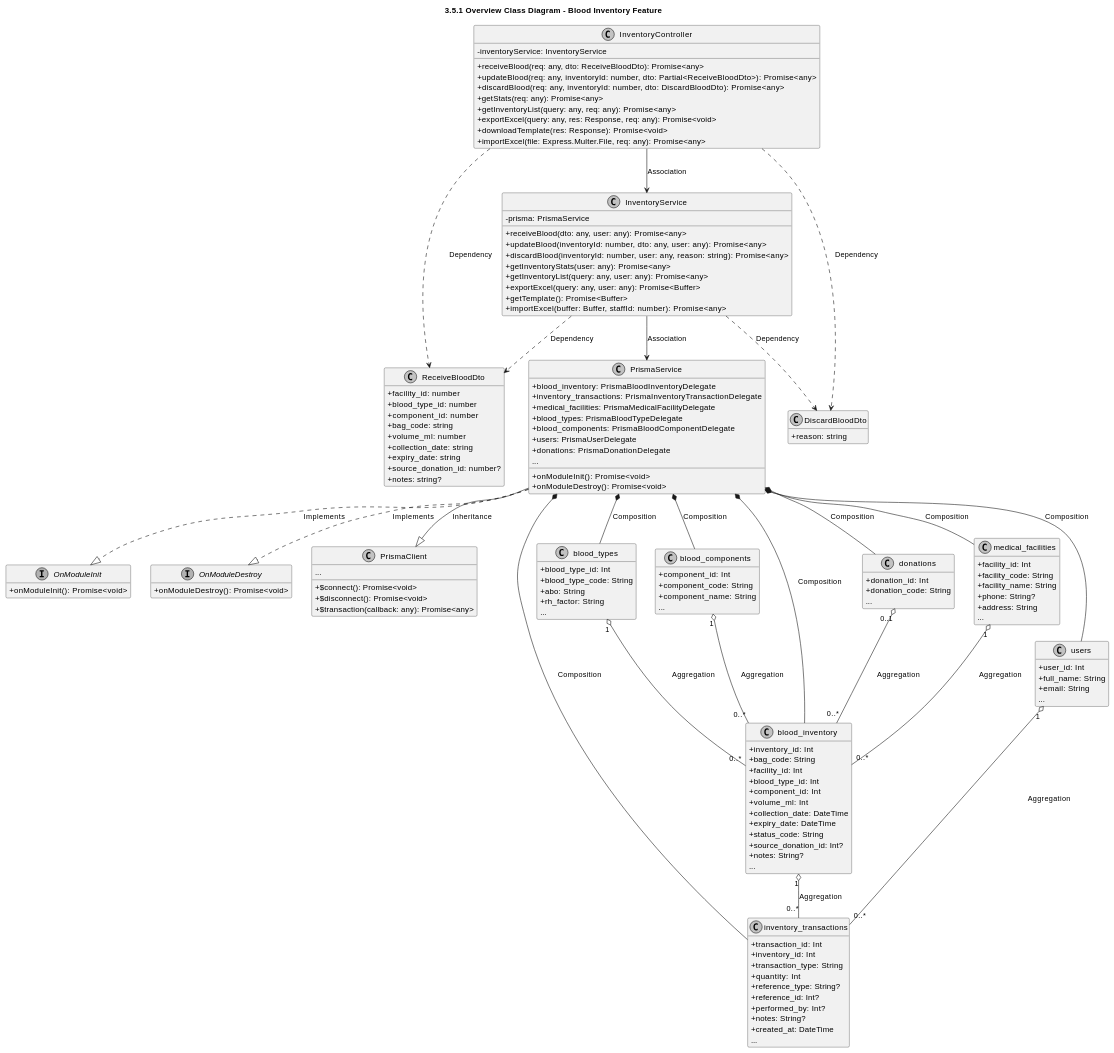
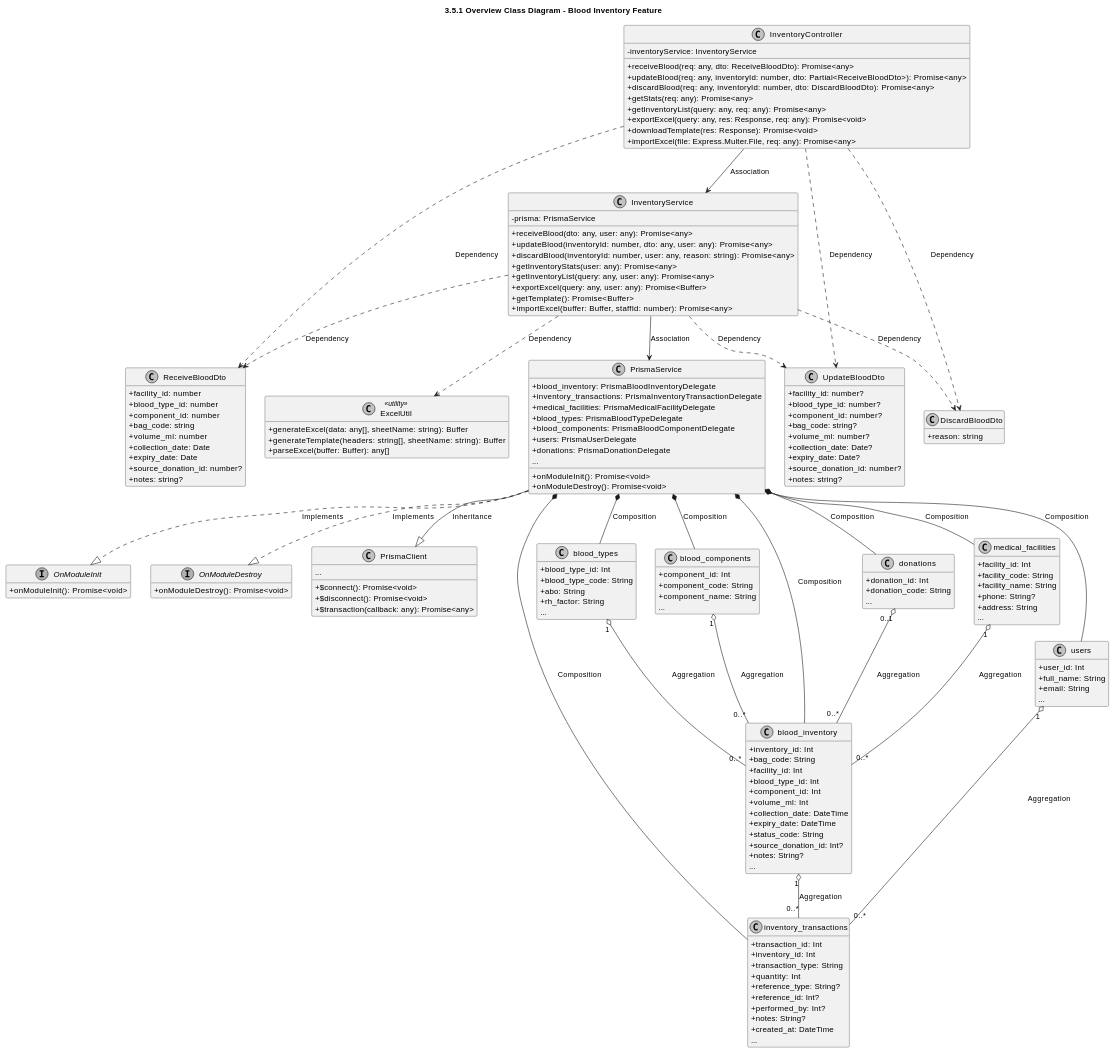
One commit to CuongBC195/class-diagram-donation-blood changed the first of 6 diagrams in modules_plantuml/05_inventory.md. Above: the diagram before and after it, drawn with PlantUML. The commit also changed other lines of this file and 30 other files, not shown here.

Commit message:
fix(diagrams): achieve 100% capstone alignment with backend source code across all 13 modules

```diff
--- a/modules_plantuml/05_inventory.md
+++ b/modules_plantuml/05_inventory.md
@@ -30,10 +30,28 @@
   +component_id: number
   +bag_code: string
   +volume_ml: number
-  +collection_date: string
-  +expiry_date: string
+  +collection_date: Date
+  +expiry_date: Date
   +source_donation_id: number?
   +notes: string?
+}
+
+class UpdateBloodDto {
+  +facility_id: number?
+  +blood_type_id: number?
+  +component_id: number?
+  +bag_code: string?
+  +volume_ml: number?
+  +collection_date: Date?
+  +expiry_date: Date?
+  +source_donation_id: number?
+  +notes: string?
+}
+
+class ExcelUtil <<utility>> {
+  +generateExcel(data: any[], sheetName: string): Buffer
+  +generateTemplate(headers: string[], sheetName: string): Buffer
+  +parseExcel(buffer: Buffer): any[]
 }
 
 class DiscardBloodDto {
@@ -147,9 +165,12 @@
 
 InventoryController --> InventoryService : Association
 InventoryController ..> ReceiveBloodDto : Dependency
+InventoryController ..> UpdateBloodDto : Dependency
 InventoryController ..> DiscardBloodDto : Dependency
 InventoryService --> PrismaService : Association
 InventoryService ..> ReceiveBloodDto : Dependency
+InventoryService ..> UpdateBloodDto : Dependency
+InventoryService ..> ExcelUtil : Dependency
 InventoryService ..> DiscardBloodDto : Dependency
 PrismaService --|> PrismaClient : Inheritance
 PrismaService ..|> OnModuleInit : Implements
```
